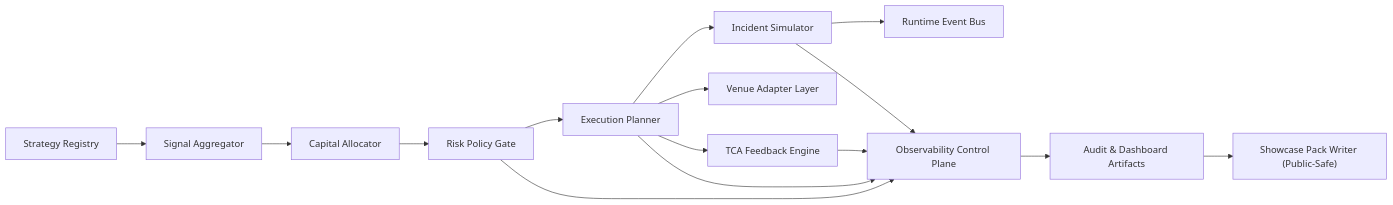
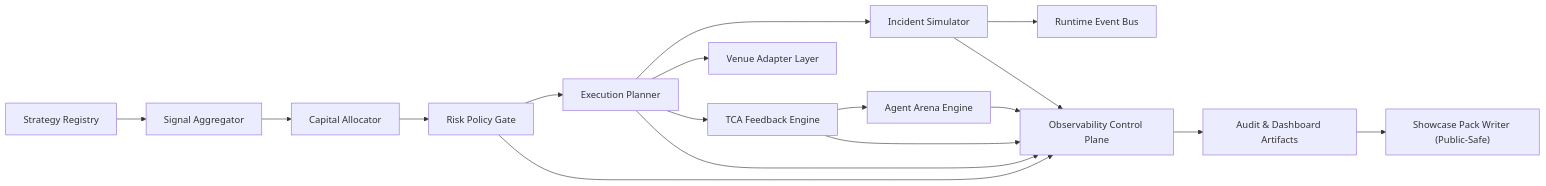
Before and after one commit to MaxLaurieHutchinson/equities-fund-launch-platform: the diagram in docs/ARCHITECTURE.md, drawn with Mermaid. The commit also changed other lines of this file and 15 other files, not shown here.

Commit message:
feat: add agent arena capital negotiation extension

````diff
--- a/docs/ARCHITECTURE.md
+++ b/docs/ARCHITECTURE.md
@@ -5,17 +5,19 @@
 ```mermaid
 flowchart LR
     A["Strategy Registry"] --> B["Signal Aggregator"]
     B --> C["Capital Allocator"]
     C --> D["Risk Policy Gate"]
     D --> E["Execution Planner"]
     E --> J["Incident Simulator"]
     J --> K["Runtime Event Bus"]
     E --> F["Venue Adapter Layer"]
     E --> G["TCA Feedback Engine"]
+    G --> M["Agent Arena Engine"]
     D --> H["Observability Control Plane"]
     J --> H
     E --> H
+    M --> H
     G --> H
     H --> I["Audit & Dashboard Artifacts"]
     I --> L["Showcase Pack Writer (Public-Safe)"]
 ```
````
